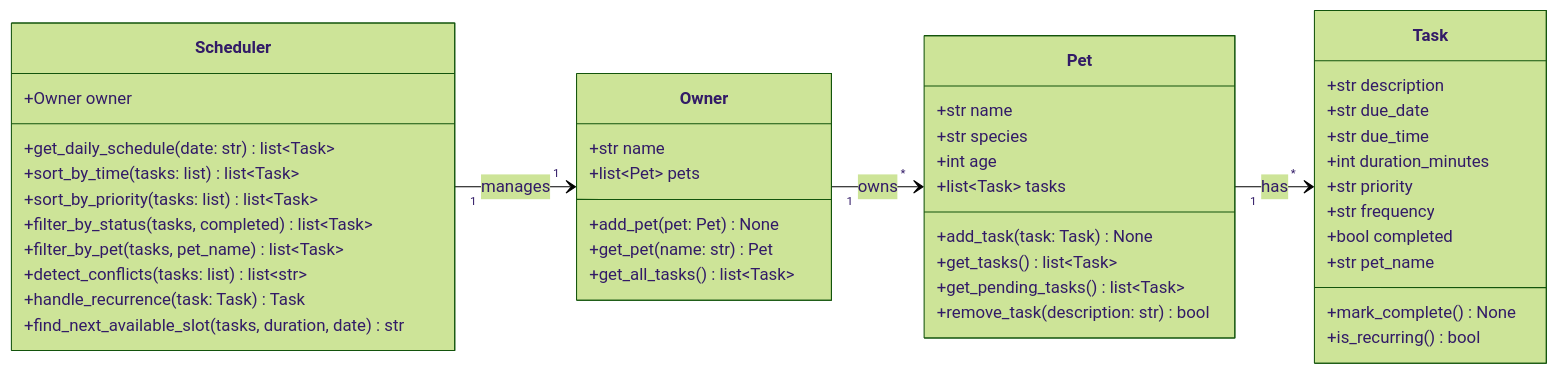
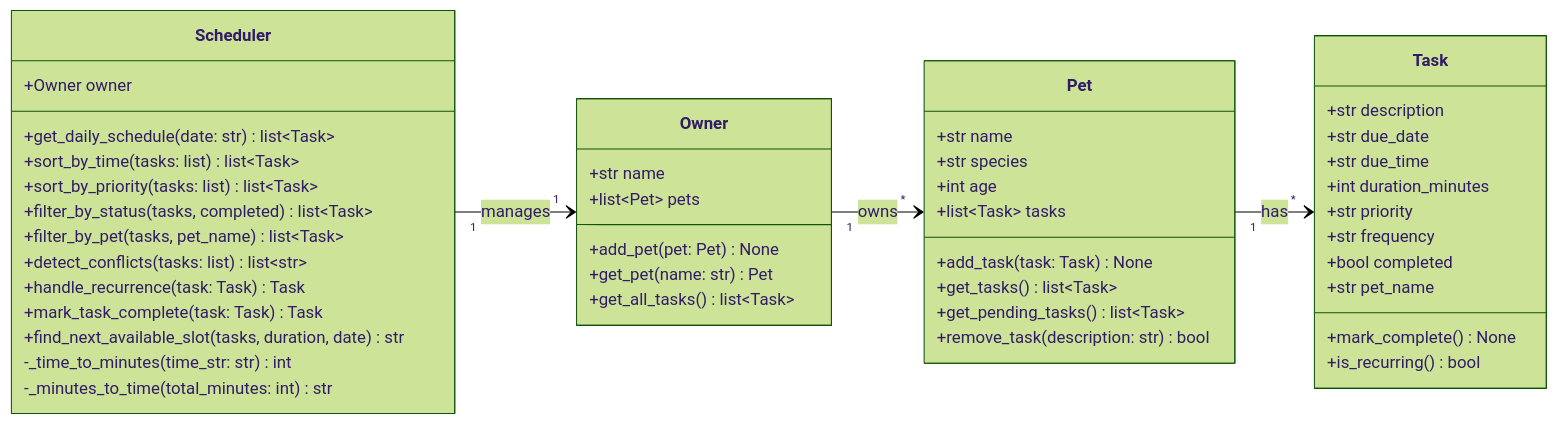
Before and after one commit to t-mthy/ai110-module2show-pawpal: the diagram in uml_diagram.md, drawn with Mermaid (forest theme). The commit also changed other lines of this file, not shown here.

Commit message:
docs: finalize UML diagram

````diff
--- a/uml_diagram.md
+++ b/uml_diagram.md
@@ -3,52 +3,55 @@
 ```mermaid
 classDiagram
     direction LR
 
     class Owner {
         +str name
         +list~Pet~ pets
         +add_pet(pet: Pet) None
         +get_pet(name: str) Pet
         +get_all_tasks() list~Task~
     }
 
     class Pet {
         +str name
         +str species
         +int age
         +list~Task~ tasks
         +add_task(task: Task) None
         +get_tasks() list~Task~
         +get_pending_tasks() list~Task~
         +remove_task(description: str) bool
     }
 
     class Task {
         +str description
         +str due_date
         +str due_time
         +int duration_minutes
         +str priority
         +str frequency
         +bool completed
         +str pet_name
         +mark_complete() None
         +is_recurring() bool
     }
 
     class Scheduler {
         +Owner owner
         +get_daily_schedule(date: str) list~Task~
         +sort_by_time(tasks: list) list~Task~
         +sort_by_priority(tasks: list) list~Task~
         +filter_by_status(tasks, completed) list~Task~
         +filter_by_pet(tasks, pet_name) list~Task~
         +detect_conflicts(tasks: list) list~str~
         +handle_recurrence(task: Task) Task
+        +mark_task_complete(task: Task) Task
         +find_next_available_slot(tasks, duration, date) str
+        -_time_to_minutes(time_str: str) int
+        -_minutes_to_time(total_minutes: int) str
     }
 
     Owner "1" --> "*" Pet : owns
     Pet "1" --> "*" Task : has
     Scheduler "1" --> "1" Owner : manages
 ```
````
